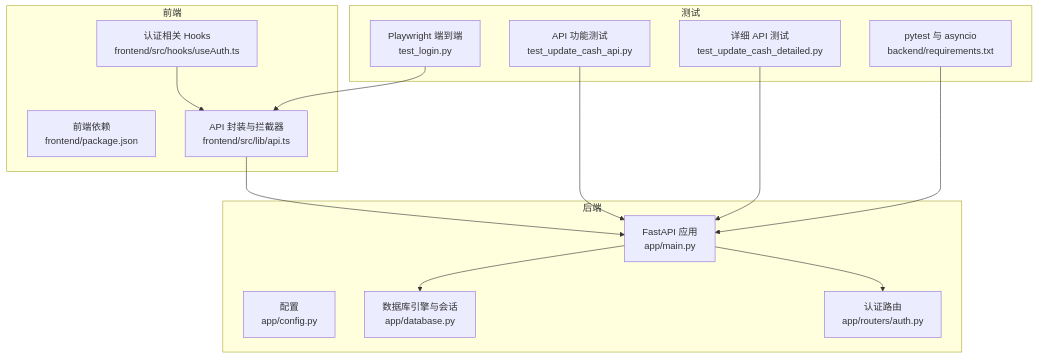
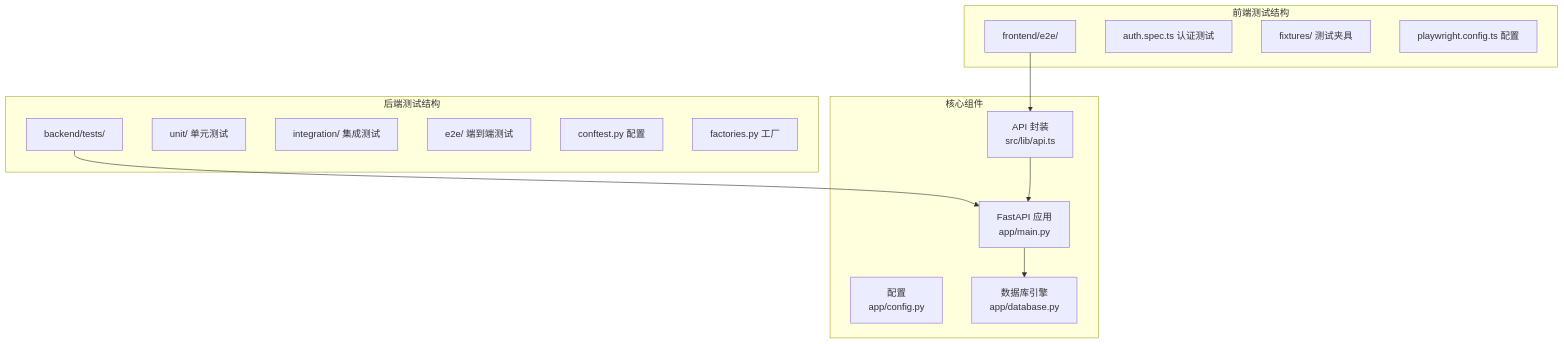
One commit to gujialind/InvestRing changed the first of 6 diagrams in .qoder/repowiki/zh/content/开发指南/测试策略/测试策略.md. Above: the diagram before and after it, drawn with Mermaid. The commit also changed other lines of this file and 53 other files, not shown here.

````diff
--- a/.qoder/repowiki/zh/content/开发指南/测试策略/测试策略.md
+++ b/.qoder/repowiki/zh/content/开发指南/测试策略/测试策略.md
@@ -43,28 +62,27 @@
 ```mermaid
 graph TB
-subgraph "后端"
+subgraph "后端测试结构"
+A_tests["backend/tests/"]
+A_unit["unit/ 单元测试"]
+A_int["integration/ 集成测试"]
+A_e2e["e2e/ 端到端测试"]
+A_conftest["conftest.py 配置"]
+A_factories["factories.py 工厂"]
+end
+subgraph "前端测试结构"
+F_tests["frontend/e2e/"]
+F_auth["auth.spec.ts 认证测试"]
+F_fixtures["fixtures/ 测试夹具"]
+F_config["playwright.config.ts 配置"]
+end
+subgraph "核心组件"
 A_main["FastAPI 应用<br/>app/main.py"]
 A_cfg["配置<br/>app/config.py"]
-A_db["数据库引擎与会话<br/>app/database.py"]
-A_r_auth["认证路由<br/>app/routers/auth.py"]
+A_db["数据库引擎<br/>app/database.py"]
+A_api["API 封装<br/>src/lib/api.ts"]
 end
-subgraph "前端"
-F_pkg["前端依赖<br/>frontend/package.json"]
-F_api["API 封装与拦截器<br/>frontend/src/lib/api.ts"]
-F_hook_auth["认证相关 Hooks<br/>frontend/src/hooks/useAuth.ts"]
-end
-subgraph "测试"
-T_pytest["pytest 与 asyncio<br/>backend/requirements.txt"]
-T_pw["Playwright 端到端<br/>test_login.py"]
-T_api1["API 功能测试<br/>test_update_cash_api.py"]
-T_api2["详细 API 测试<br/>test_update_cash_detailed.py"]
-end
-F_api --> A_main
-F_hook_auth --> F_api
+A_tests --> A_main
+F_tests --> A_api
 A_main --> A_db
-A_main --> A_r_auth
-T_pw --> F_api
-T_api1 --> A_main
-T_api2 --> A_main
-T_pytest --> A_main
+A_api --> A_main
 ```
````
